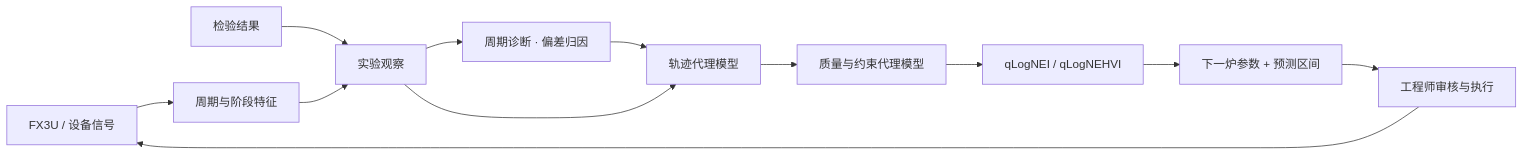
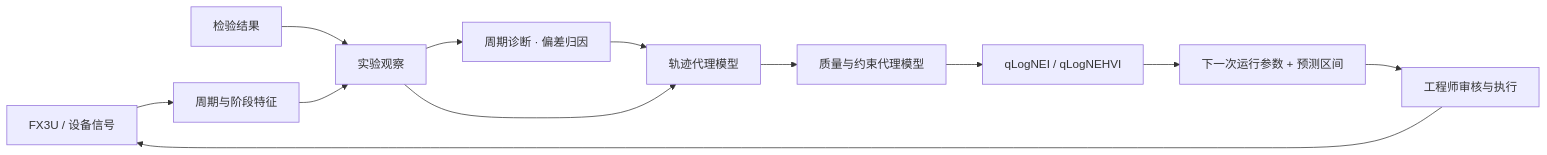
The diagram in README.md (liuweichaox/Ingot), drawn with Mermaid before and after one commit. The commit also changed other lines of this file and 22 other files, not shown here.

````diff
--- a/README.md
+++ b/README.md
@@ -43,14 +43,14 @@
 ```mermaid
 flowchart LR
     A["FX3U / 设备信号"] --> B["周期与阶段特征"]
     C["检验结果"] --> D["实验观察"]
     B --> D
     D --> J["周期诊断 · 偏差归因"]
     J --> E["轨迹代理模型"]
     D --> E
     E --> F["质量与约束代理模型"]
     F --> G["qLogNEI / qLogNEHVI"]
-    G --> H["下一炉参数 + 预测区间"]
+    G --> H["下一次运行参数 + 预测区间"]
     H --> I["工程师审核与执行"]
     I --> A
 ```
````
